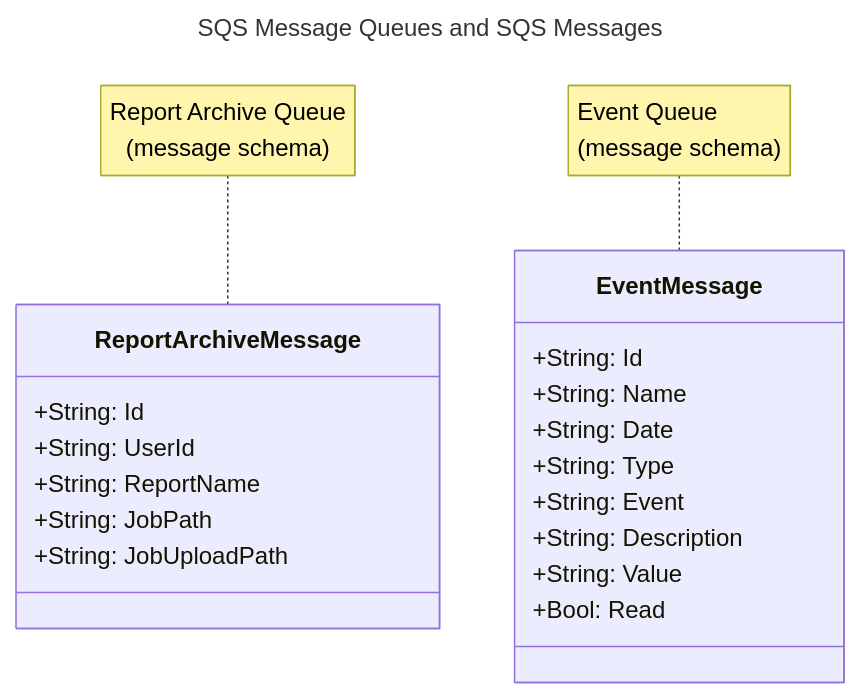
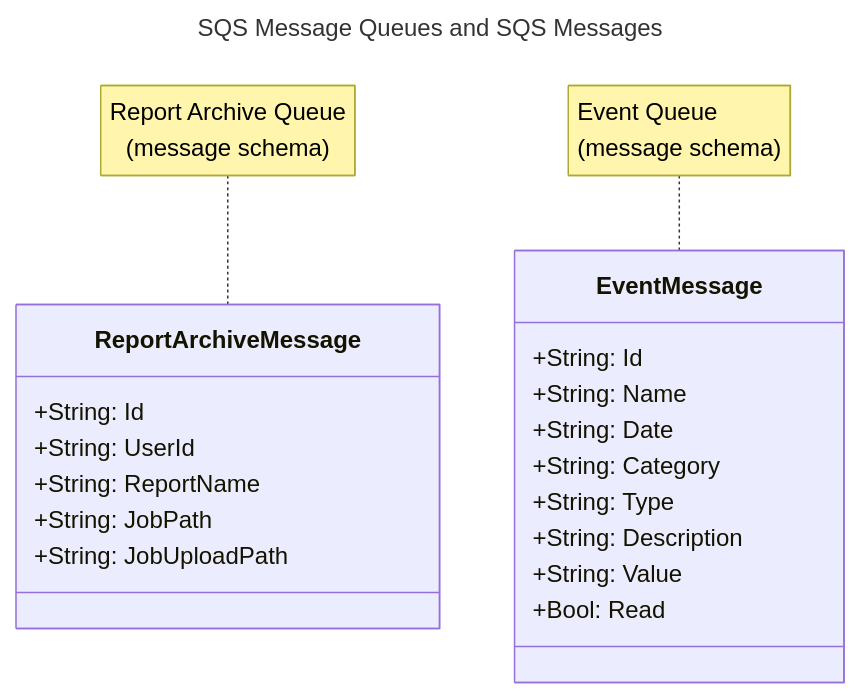
One commit to darrylmorton/ct-iot-things-report-archive-service changed the first of 2 diagrams in docs/DIAGRAMS.md. Above: the diagram before and after it, drawn with Mermaid. The commit also changed 6 other files, not shown here.

Commit message:
event category and type (#2)

````diff
--- a/docs/DIAGRAMS.md
+++ b/docs/DIAGRAMS.md
@@ -1,33 +1,33 @@
 ```mermaid
 ---
 title: SQS Message Queues and SQS Messages
 ---
 
 classDiagram
     class ReportArchiveMessage {
         +String: Id
         +String: UserId
         +String: ReportName
         +String: JobPath
         +String: JobUploadPath
     }
     
     note for ReportArchiveMessage "Report Archive Queue
     
     (message schema)"
 
     class EventMessage {
         +String: Id
         +String: Name
         +String: Date
+        +String: Category
         +String: Type
-        +String: Event
         +String: Description
         +String: Value
         +Bool: Read 
     }
     
     note for EventMessage "Event Queue
     
     (message schema)"
 ```
````
